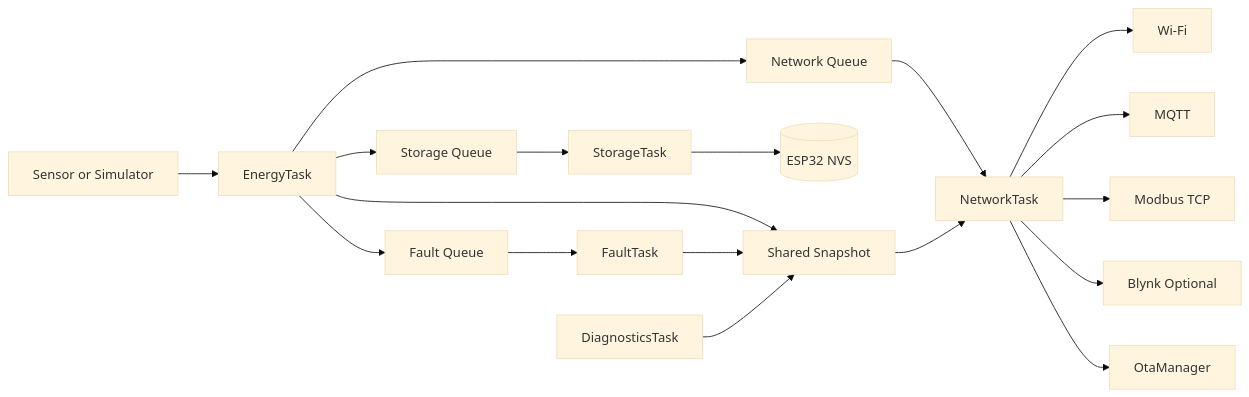
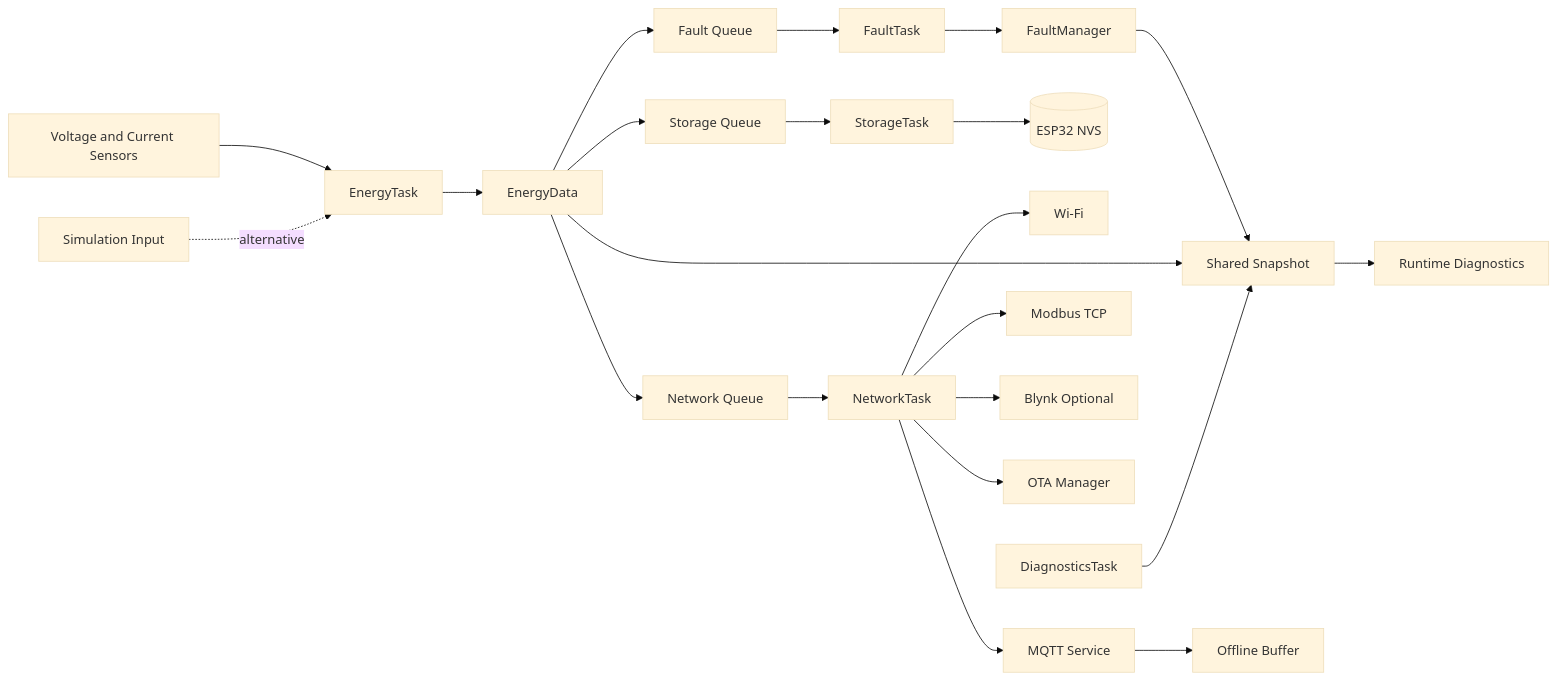
The diagram in docs/architecture.md (ANUKOOL324/Industrial_Energy_Edge_Controller), drawn with Mermaid (base theme) before and after one commit. The commit also changed other lines of this file and 5 other files, not shown here.

````diff
--- a/docs/architecture.md
+++ b/docs/architecture.md
@@ -5,20 +19,28 @@
 ```mermaid
 flowchart LR
-    Input[Sensor or Simulator] --> Energy[EnergyTask]
-    Energy --> FaultQ[Fault Queue]
-    Energy --> StoreQ[Storage Queue]
-    Energy --> NetworkQ[Network Queue]
-    FaultQ --> Fault[FaultTask]
-    StoreQ --> Store[StorageTask]
-    NetworkQ --> Network[NetworkTask]
-    Store --> NVS[(ESP32 NVS)]
+    Sensor[Voltage and Current Sensors] --> Energy[EnergyTask]
+    Simulator[Simulation Input] -. alternative .-> Energy
+    Energy --> Data[EnergyData]
+    Data --> FaultQueue[Fault Queue]
+    Data --> StorageQueue[Storage Queue]
+    Data --> NetworkQueue[Network Queue]
+
+    FaultQueue --> Fault[FaultTask]
+    Fault --> Manager[FaultManager]
+    Manager --> Snapshot[Shared Snapshot]
+    Data --> Snapshot
+
+    StorageQueue --> Storage[StorageTask]
+    Storage --> NVS[(ESP32 NVS)]
+
+    NetworkQueue --> Network[NetworkTask]
     Network --> WiFi[Wi-Fi]
-    Network --> MQTT[MQTT]
+    Network --> MQTT[MQTT Service]
     Network --> Modbus[Modbus TCP]
     Network --> Blynk[Blynk Optional]
-    Network --> OTA[OtaManager]
-    Energy --> Snapshot[Shared Snapshot]
-    Fault --> Snapshot
+    Network --> OTA[OTA Manager]
+    MQTT --> Buffer[Offline Buffer]
+
     Diagnostics[DiagnosticsTask] --> Snapshot
-    Snapshot --> Network
+    Snapshot --> DiagnosticsData[Runtime Diagnostics]
 ```
````
